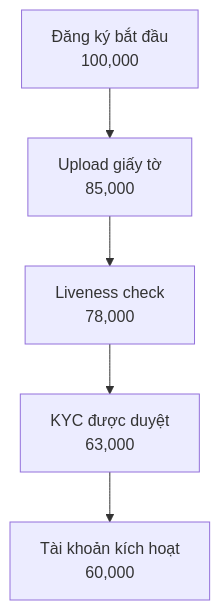
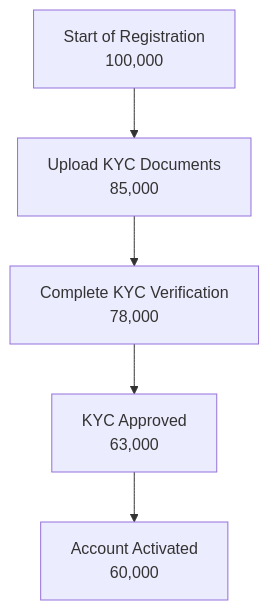
One commit to NgoQuocHuy02/da-tech-assessment changed the fourth of 4 diagrams in report_a05_customer_onboarding_analytics.md. Above: the diagram before and after it, drawn with Mermaid. The commit also changed other lines of this file and 1 other file, not shown here.

Commit message:
Submit the final report A05 Customer Onboarding Journey Analysis (KYC/AML)

````diff
--- a/report_a05_customer_onboarding_analytics.md
+++ b/report_a05_customer_onboarding_analytics.md
@@ -1381,7 +1363,7 @@
 ```mermaid
 graph TD
-    A[Đăng ký bắt đầu<br/>100,000] --> B[Upload giấy tờ<br/>85,000]
-    B --> C[Liveness check<br/>78,000]
-    C --> D[KYC được duyệt<br/>63,000]
-    D --> E[Tài khoản kích hoạt<br/>60,000]
+    A[Start of Registration<br/>100,000] --> B[Upload KYC Documents<br/>85,000]
+    B --> C[Complete KYC Verification<br/>78,000]
+    C --> D[KYC Approved<br/>63,000]
+    D --> E[Account Activated<br/>60,000]
 ```
````
